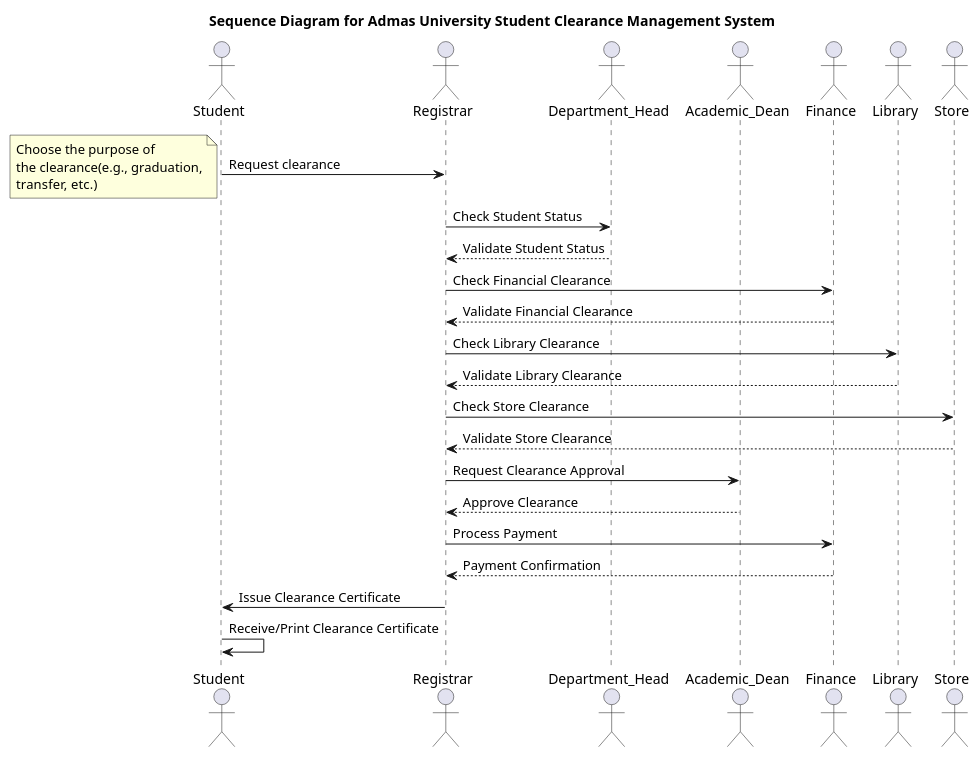
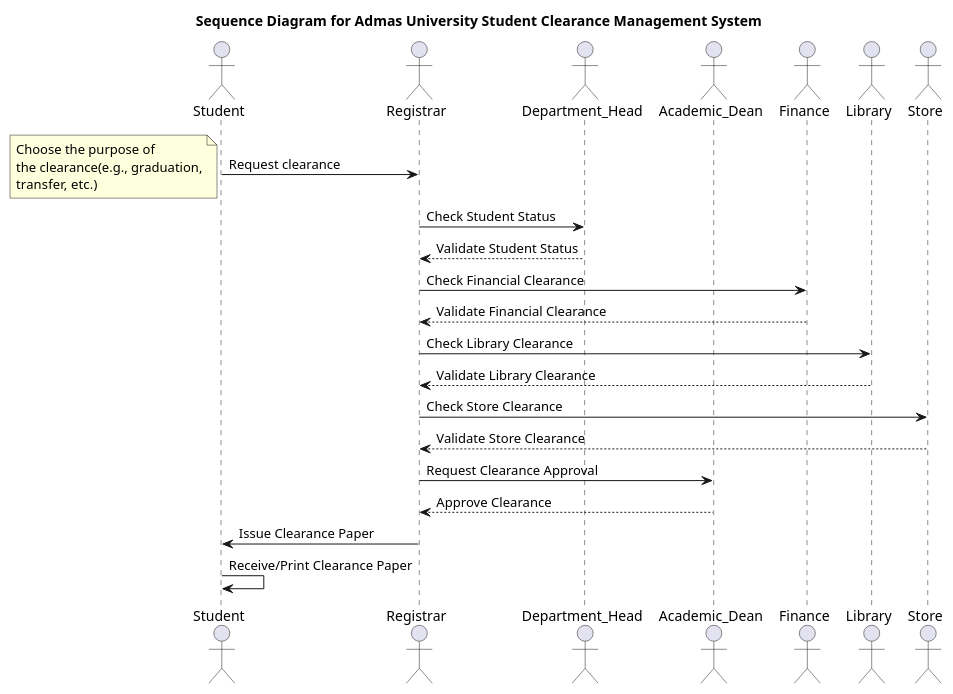
The diagram in Sed-diag.puml (Betty-edit/AU-Student-Clearance-Management-System), drawn with PlantUML before and after one commit. The commit also changed 1 other file, not shown here.

Commit message:
added use cases for the student clearance management system

```diff
--- a/Sed-diag.puml
+++ b/Sed-diag.puml
@@ -1,40 +1,38 @@
 @startuml seq_diagram
 
 /'Title of the diagram'/
 title Sequence Diagram for Admas University Student Clearance Management System
 
 /'Participants Of the System'/
 actor Student as Student
 actor Registrar as Registrar
 actor Department_Head as Department_Head
 actor Academic_Dean as Academic_Dean
 actor Finance as Finance
 actor Library as Library
 actor Store as Store
 
 /'Sequence of events'/
 Student -> Registrar: Request clearance
 note left
 Choose the purpose of 
 the clearance(e.g., graduation,
 transfer, etc.)
 end note
 Registrar -> Department_Head: Check Student Status
 Department_Head --> Registrar: Validate Student Status 
 Registrar -> Finance: Check Financial Clearance
 Finance --> Registrar: Validate Financial Clearance
 Registrar -> Library: Check Library Clearance
 Library --> Registrar: Validate Library Clearance
 Registrar -> Store: Check Store Clearance
 Store --> Registrar: Validate Store Clearance
 Registrar -> Academic_Dean: Request Clearance Approval
 Academic_Dean --> Registrar: Approve Clearance
-Registrar -> Finance: Process Payment
-Finance --> Registrar: Payment Confirmation
-Registrar -> Student: Issue Clearance Certificate
-Student -> Student: Receive/Print Clearance Certificate
+Registrar -> Student: Issue Clearance Paper
+Student -> Student: Receive/Print Clearance Paper
 
 
 
 
 @enduml
```
